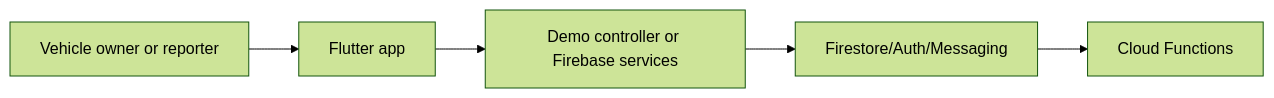
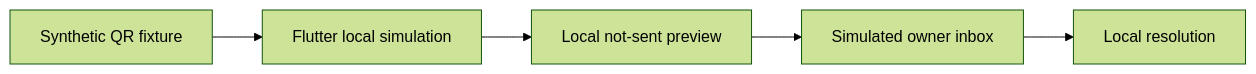
Before and after one commit to badugujashwanth-create/Parking-Alert-: the diagram in docs/ARCHITECTURE.md, drawn with Mermaid (forest theme). The commit also changed other lines of this file and 34 other files, not shown here.

````diff
--- a/docs/ARCHITECTURE.md
+++ b/docs/ARCHITECTURE.md
@@ -7,8 +5,7 @@
 ```mermaid
 flowchart LR
-  N0[Vehicle owner or reporter] --> N1
-  N1[Flutter app] --> N2
-  N2[Demo controller or Firebase services] --> N3
-  N3[Firestore/Auth/Messaging] --> N4
-  N4[Cloud Functions]
+  A[Synthetic QR fixture] --> B[Flutter local simulation]
+  B --> C[Local not-sent preview]
+  C --> D[Simulated owner inbox]
+  D --> E[Local resolution]
 ```
````
